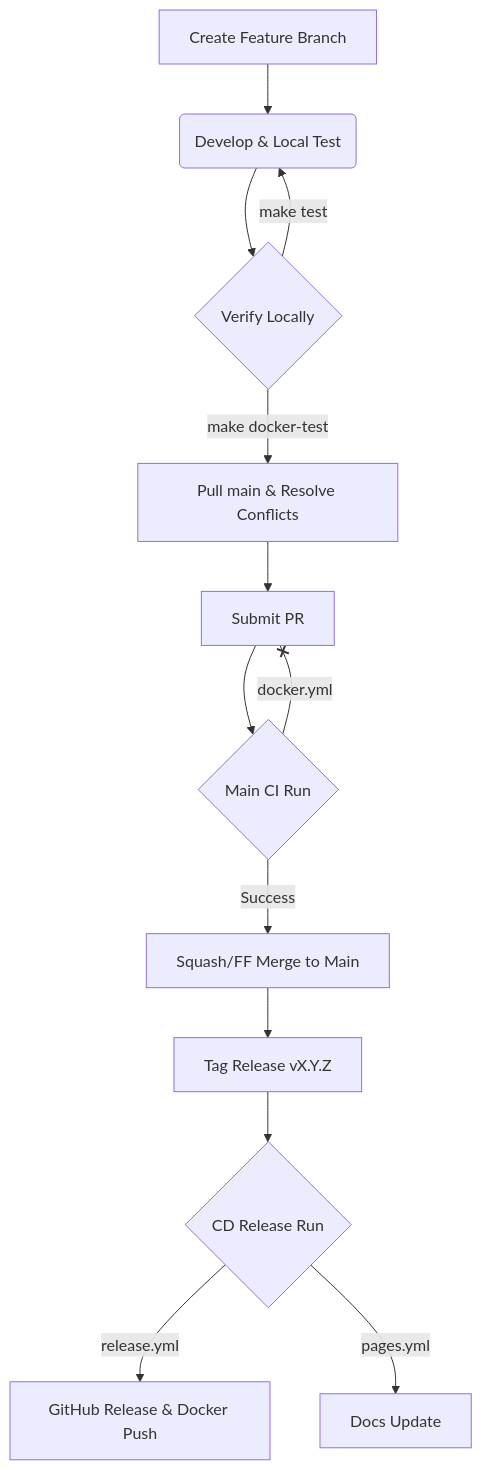
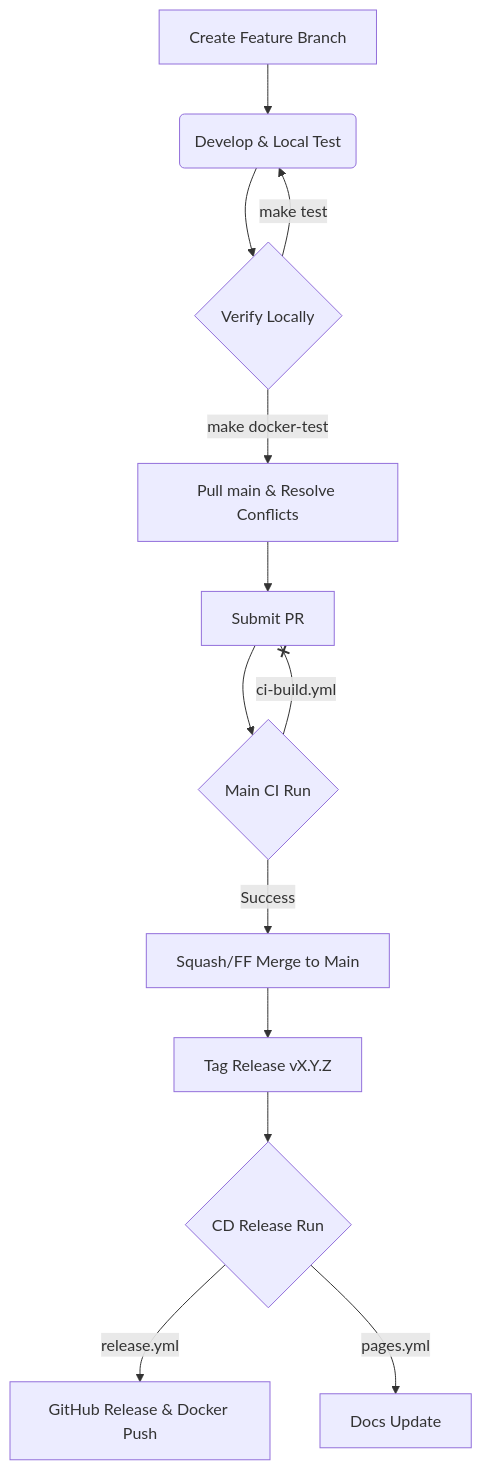
One commit to softmentor/kroki-rs changed the diagram in docs/developer-guide/ci-cd.md. Above: the diagram before and after it, drawn with Mermaid. The commit also changed other lines of this file and 4 other files, not shown here.

Commit message:
chore(ci): rename docker.yml to ci-build.yml for clarity

````diff
--- a/docs/developer-guide/ci-cd.md
+++ b/docs/developer-guide/ci-cd.md
@@ -51,15 +51,15 @@
 ```mermaid
 graph TD
     A[Create Feature Branch] --> B(Develop & Local Test)
     B --> C{Verify Locally}
     C -- make test --> B
     C -- make docker-test --> D[Pull main & Resolve Conflicts]
     D --> E[Submit PR]
     E --> F{Main CI Run}
-    F -- docker.yml --x E
+    F -- ci-build.yml --x E
     F -- Success --> G[Squash/FF Merge to Main]
     G --> H[Tag Release vX.Y.Z]
     H --> I{CD Release Run}
     I -- release.yml --> J[GitHub Release & Docker Push]
     I -- pages.yml --> K[Docs Update]
 ```
````
